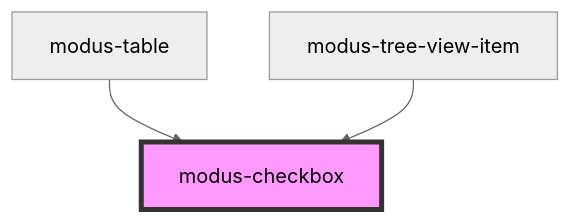
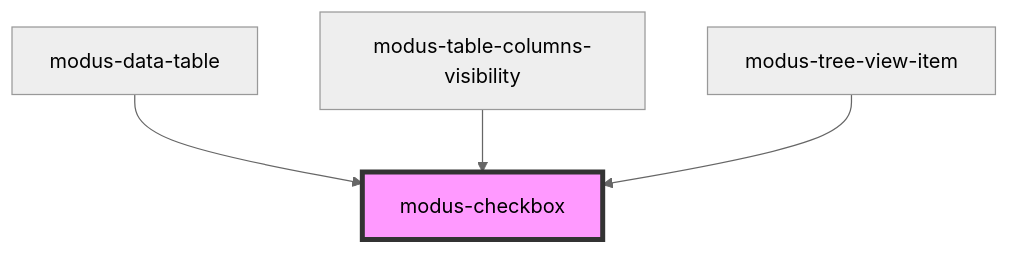
One commit to trimble-oss/modus-web-components changed the diagram in stencil-workspace/src/components/modus-checkbox/readme.md. Above: the diagram before and after it, drawn with Mermaid (neutral theme). The commit also changed other lines of this file and 14 other files, not shown here.

````diff
--- a/stencil-workspace/src/components/modus-checkbox/readme.md
+++ b/stencil-workspace/src/components/modus-checkbox/readme.md
@@ -48,6 +50,7 @@
 ```mermaid
 graph TD;
-  modus-table --> modus-checkbox
+  modus-data-table --> modus-checkbox
+  modus-table-columns-visibility --> modus-checkbox
   modus-tree-view-item --> modus-checkbox
   style modus-checkbox fill:#f9f,stroke:#333,stroke-width:4px
 ```
````
